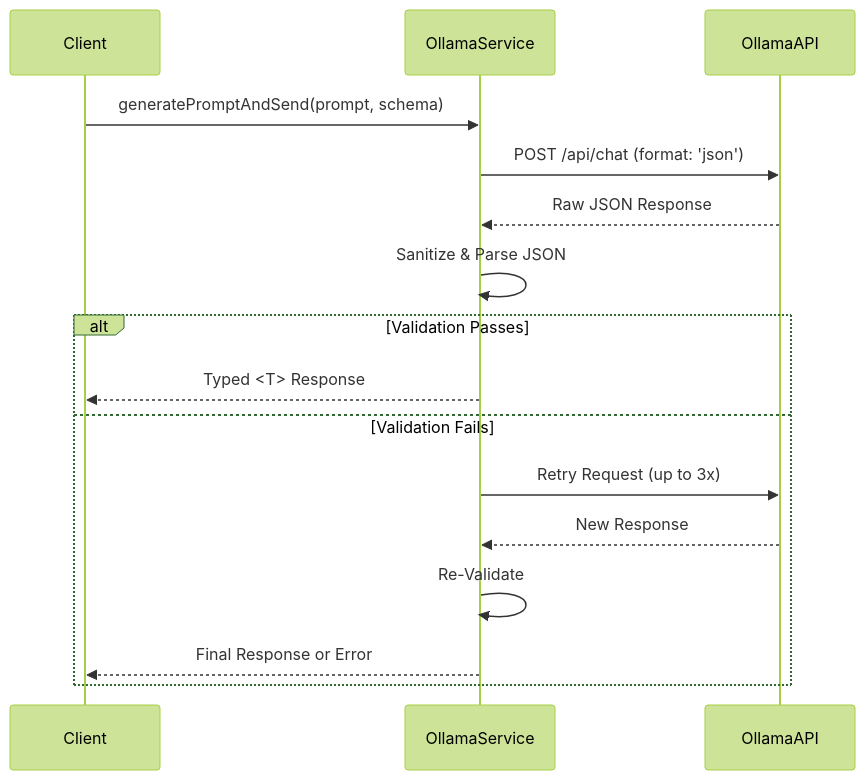
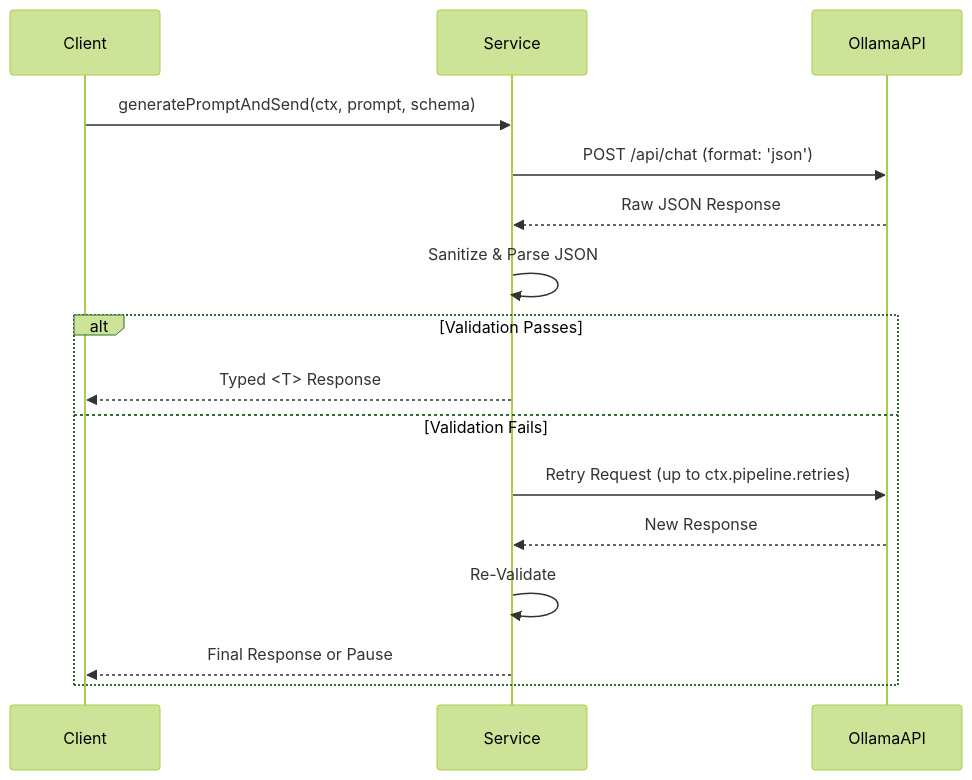
One commit to pipewrk/llm-core changed the diagram in OLLAMA_SERVICE.md. Above: the diagram before and after it, drawn with Mermaid (forest theme). The commit also changed other lines of this file and 3 other files, not shown here.

````diff
--- a/OLLAMA_SERVICE.md
+++ b/OLLAMA_SERVICE.md
@@ -9,21 +7,21 @@
 ```mermaid
 sequenceDiagram
     participant Client
-    participant OllamaService
+    participant Service
     participant OllamaAPI
 
-    Client->>OllamaService: generatePromptAndSend(prompt, schema)
-    OllamaService->>OllamaAPI: POST /api/chat (format: 'json')
-    OllamaAPI-->>OllamaService: Raw JSON Response
-    OllamaService->>OllamaService: Sanitize & Parse JSON
+    Client->>Service: generatePromptAndSend(ctx, prompt, schema)
+    Service->>OllamaAPI: POST /api/chat (format: 'json')
+    OllamaAPI-->>Service: Raw JSON Response
+    Service->>Service: Sanitize & Parse JSON
 
     alt Validation Passes
-        OllamaService-->>Client: Typed <T> Response
+        Service-->>Client: Typed <T> Response
     else Validation Fails
-        OllamaService->>OllamaAPI: Retry Request (up to 3x)
-        OllamaAPI-->>OllamaService: New Response
-        OllamaService->>OllamaService: Re-Validate
-        OllamaService-->>Client: Final Response or Error
+        Service->>OllamaAPI: Retry Request (up to ctx.pipeline.retries)
+        OllamaAPI-->>Service: New Response
+        Service->>Service: Re-Validate
+        Service-->>Client: Final Response or Pause
     end
 
 ```
````
